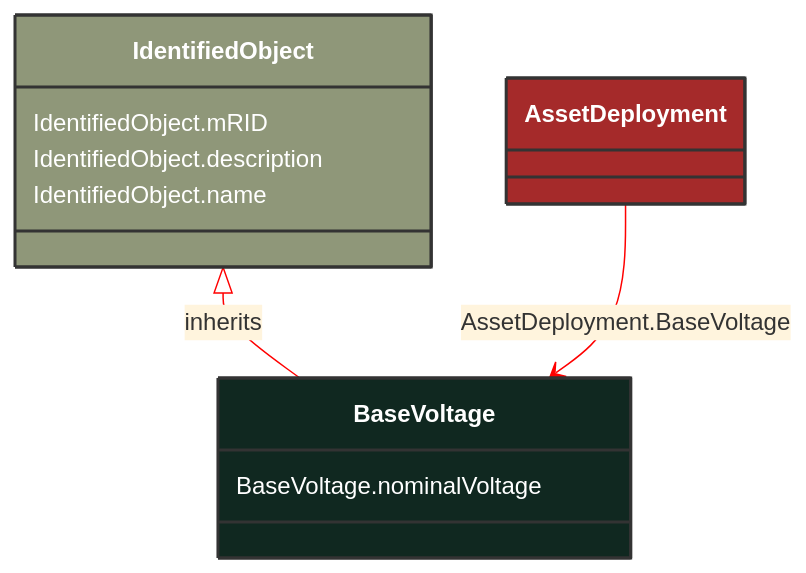
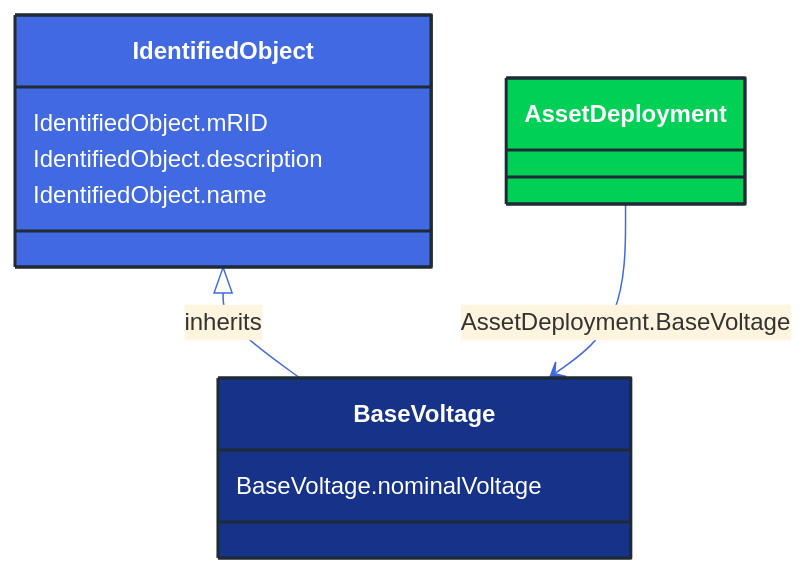
One commit to 3lbits/NoCIMExtensions changed the diagram in docs/Models/Profiles/AviationObstacle/ConcreteClasses/BaseVoltage.md. Above: the diagram before and after it, drawn with Mermaid. The commit also changed 362 other files, not shown here.

First line of the commit message:
Update diagrams and styles for improved visual consistency

````diff
--- a/docs/Models/Profiles/AviationObstacle/ConcreteClasses/BaseVoltage.md
+++ b/docs/Models/Profiles/AviationObstacle/ConcreteClasses/BaseVoltage.md
@@ -8,24 +8,24 @@
 ```mermaid
-%%{init: {'theme':'base','themeVariables': {'lineColor': '#FF0000'}}}%%
+%%{init: {'theme':'base','themeVariables': {'lineColor': '#4169E1'}}}%%
 classDiagram
     class BaseVoltage
     click BaseVoltage href "/Models/Profiles/AviationObstacle/ConcreteClasses/BaseVoltage/"
-    style BaseVoltage fill:#102820,stroke:#333,stroke-width:2px,rx:10,ry:10,color:white
+    style BaseVoltage fill:#163289,stroke:#1F2A37,stroke-width:2px,rx:10,ry:10,color:white
      
         IdentifiedObject <|-- BaseVoltage : inherits
             click IdentifiedObject href "/Models/Profiles/AviationObstacle/AbstractClasses/IdentifiedObject/"
-            style IdentifiedObject fill:#8F9779,stroke:#333,stroke-width:2px,rx:10,ry:10,color:white
+            style IdentifiedObject fill:#4169E1,stroke:#1F2A37,stroke-width:2px,rx:10,ry:10,color:white
 
 
         AssetDeployment --> BaseVoltage : AssetDeployment.BaseVoltage
 
         AssetDeployment
             click AssetDeployment href "/Models/Profiles/AviationObstacle/ConcreteClasses/AssetDeployment/"
-            style AssetDeployment fill:#A52A2A,stroke:#333,stroke-width:2px,rx:10,ry:10,color:white
+            style AssetDeployment fill:#00D156,stroke:#1F2A37,stroke-width:2px,rx:10,ry:10,color:white
 
 
         BaseVoltage : BaseVoltage.nominalVoltage
         IdentifiedObject : IdentifiedObject.mRID
         IdentifiedObject : IdentifiedObject.description
         IdentifiedObject : IdentifiedObject.name
 ```
````
